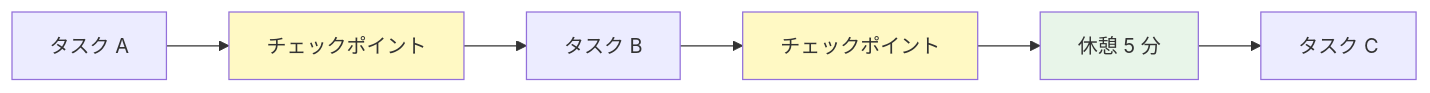
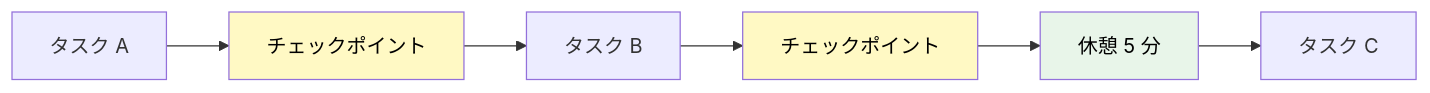
Before and after one commit to dinekt/dinekt-wiki: the third of 5 diagrams in docs/techniques/エージェントと協業する-1-日のワークフロー.md, drawn with Mermaid. The commit also changed other lines of this file and 71 other files, not shown here.

First line of the commit message:
fix: mermaid readability + remove GitHub repo toolbar

````diff
--- a/docs/techniques/エージェントと協業する-1-日のワークフロー.md
+++ b/docs/techniques/エージェントと協業する-1-日のワークフロー.md
@@ -72,12 +72,12 @@
 ```mermaid
 flowchart LR
     T[タスク A] --> C1[チェックポイント]
     C1 --> T2[タスク B]
     T2 --> C2[チェックポイント]
     C2 --> B[休憩 5 分]
     B --> T3[タスク C]
 
-    style C1 fill:#fff9c4
-    style C2 fill:#fff9c4
-    style B fill:#e8f5e9
+    style C1 fill:#fff9c4,color:#000
+    style C2 fill:#fff9c4,color:#000
+    style B fill:#e8f5e9,color:#000
 ```
````
